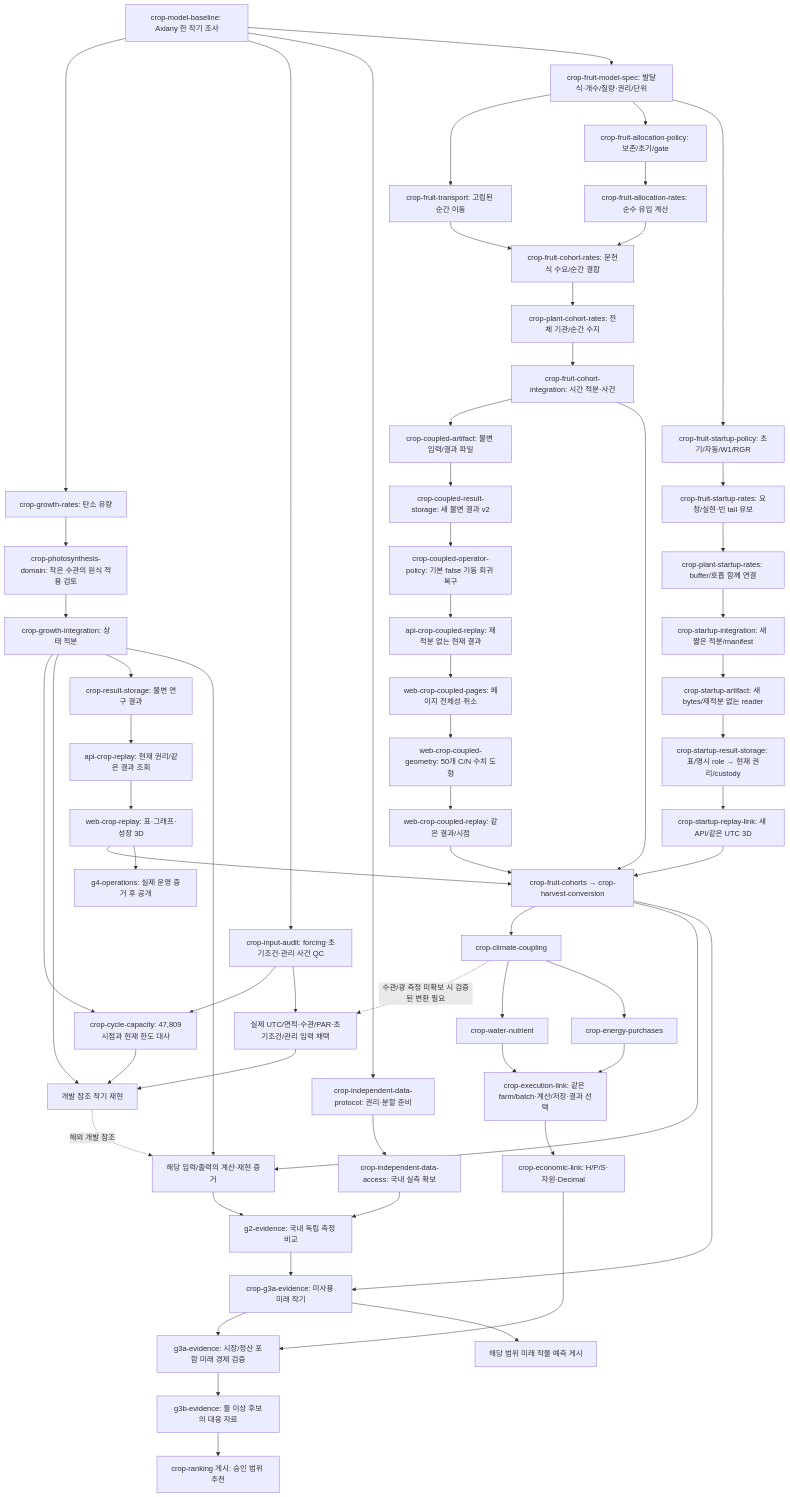
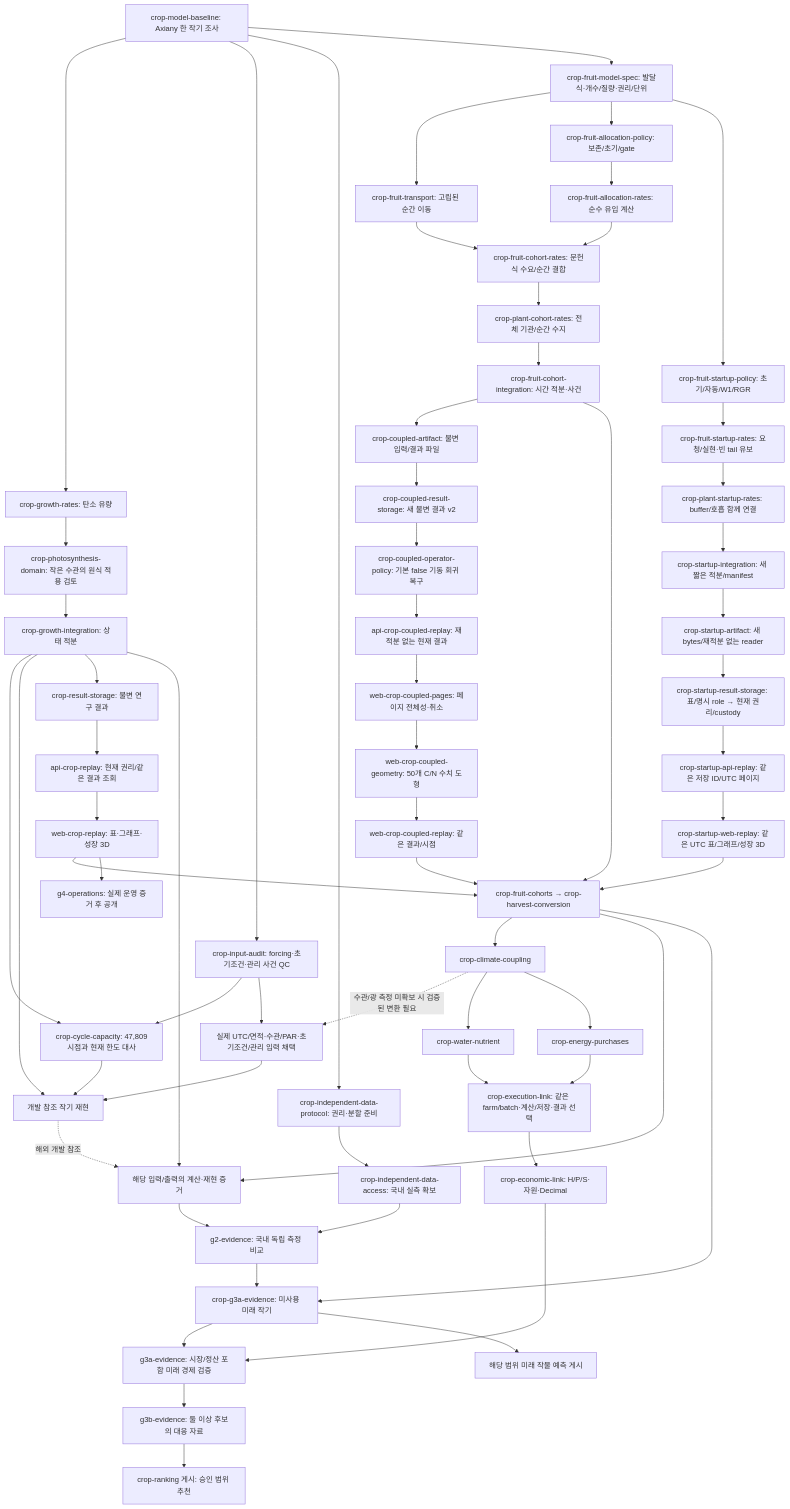
The first of 2 diagrams in tasks/plan.md (KIMSUNGHOON/OpenSmartFarmSim), drawn with Mermaid before and after one commit. The commit also changed other lines of this file and 8 other files, not shown here.

Commit message:
docs(crop): accept startup custody and specify paged replay next

````diff
--- a/tasks/plan.md
+++ b/tasks/plan.md
@@ -77,64 +80,65 @@
 ```mermaid
 flowchart TD
   B["crop-model-baseline: Axiany 한 작기 조사"] --> R["crop-growth-rates: 탄소 유량"]
   B --> Q["crop-input-audit: forcing·초기조건·관리 사건 QC"]
   B --> AP["crop-independent-data-protocol: 권리·분할 준비"]
   AP --> A["crop-independent-data-access: 국내 실측 확보"]
   R --> D["crop-photosynthesis-domain: 작은 수관의 원식 적용 검토"]
   D --> I["crop-growth-integration: 상태 적분"]
   Q --> CAP["crop-cycle-capacity: 47,809시점과 현재 한도 대사"]
   I --> CAP
   CAP --> X["개발 참조 작기 재현"]
   Q --> AQ["실제 UTC/면적·수관/PAR·초기조건/관리 입력 채택"]
   AQ --> X
   I --> X
   I --> S["crop-result-storage: 불변 연구 결과"]
   S --> API["api-crop-replay: 현재 권리/같은 결과 조회"]
   API --> V["web-crop-replay: 표·그래프·성장 3D"]
   B --> FM["crop-fruit-model-spec: 발달식·개수/질량·권리/단위"]
   FM --> FT["crop-fruit-transport: 고립된 순간 이동"]
   FM --> FP["crop-fruit-allocation-policy: 보존/초기/gate"]
   FT --> CR["crop-fruit-cohort-rates: 문헌식 수요/순간 결합"]
   FP --> FA["crop-fruit-allocation-rates: 순수 유입 계산"]
   FA --> CR
   CR --> PC["crop-plant-cohort-rates: 전체 기관/순간 수지"]
   PC --> CI["crop-fruit-cohort-integration: 시간 적분·사건"]
   CI --> AF["crop-coupled-artifact: 불변 입력/결과 파일"]
   AF --> CS["crop-coupled-result-storage: 새 불변 결과 v2"]
   CS --> CP["crop-coupled-operator-policy: 기본 false 기동 회귀 복구"]
   CP --> CA["api-crop-coupled-replay: 재적분 없는 현재 결과"]
   CA --> WP["web-crop-coupled-pages: 페이지 전체성·취소"]
   WP --> WG["web-crop-coupled-geometry: 50개 C/N 수치 도형"]
   WG --> CV["web-crop-coupled-replay: 같은 결과/시점"]
   FM --> ST["crop-fruit-startup-policy: 초기/자동/W1/RGR"]
   ST --> SA["crop-fruit-startup-rates: 요청/실현·빈 tail 유보"]
   SA --> SC["crop-plant-startup-rates: buffer/호흡 함께 연결"]
   SC --> SI["crop-startup-integration: 새 짧은 적분/manifest"]
   SI --> SF["crop-startup-artifact: 새 bytes/재적분 없는 reader"]
   SF --> SS["crop-startup-result-storage: 표/명시 role → 현재 권리/custody"]
-  SS --> SL["crop-startup-replay-link: 새 API/같은 UTC 3D"]
+  SS --> SP["crop-startup-api-replay: 같은 저장 ID/UTC 페이지"]
+  SP --> SL["crop-startup-web-replay: 같은 UTC 표/그래프/성장 3D"]
   CI --> F["crop-fruit-cohorts → crop-harvest-conversion"]
   SL --> F
   V --> F
   CV --> F
   F --> C["crop-climate-coupling"]
   C -. 수관/광 측정 미확보 시 검증된 변환 필요 .-> AQ
   C --> W["crop-water-nutrient"]
   C --> E["crop-energy-purchases"]
   W --> L["crop-execution-link: 같은 farm/batch·계산/저장·결과 선택"]
   E --> L
   L --> M["crop-economic-link: H/P/S·자원·Decimal"]
   A --> G2["g2-evidence: 국내 독립 측정 비교"]
   I --> CALC["해당 입력/출력의 계산·재현 증거"]
   F --> CALC
   X -. 해외 개발 참조 .-> CALC
   CALC --> G2
   G2 --> G3A["crop-g3a-evidence: 미사용 미래 작기"]
   F --> G3A
   M --> EC["g3a-evidence: 시장/정산 포함 미래 경제 검증"]
   G3A --> EC
   G3A --> P["해당 범위 미래 작물 예측 게시"]
   EC --> PAIR["g3b-evidence: 둘 이상 후보의 대응 자료"]
   PAIR --> REC["crop-ranking 게시: 승인 범위 추천"]
   V --> PUB["g4-operations: 실제 운영 증거 후 공개"]
 ```
````
